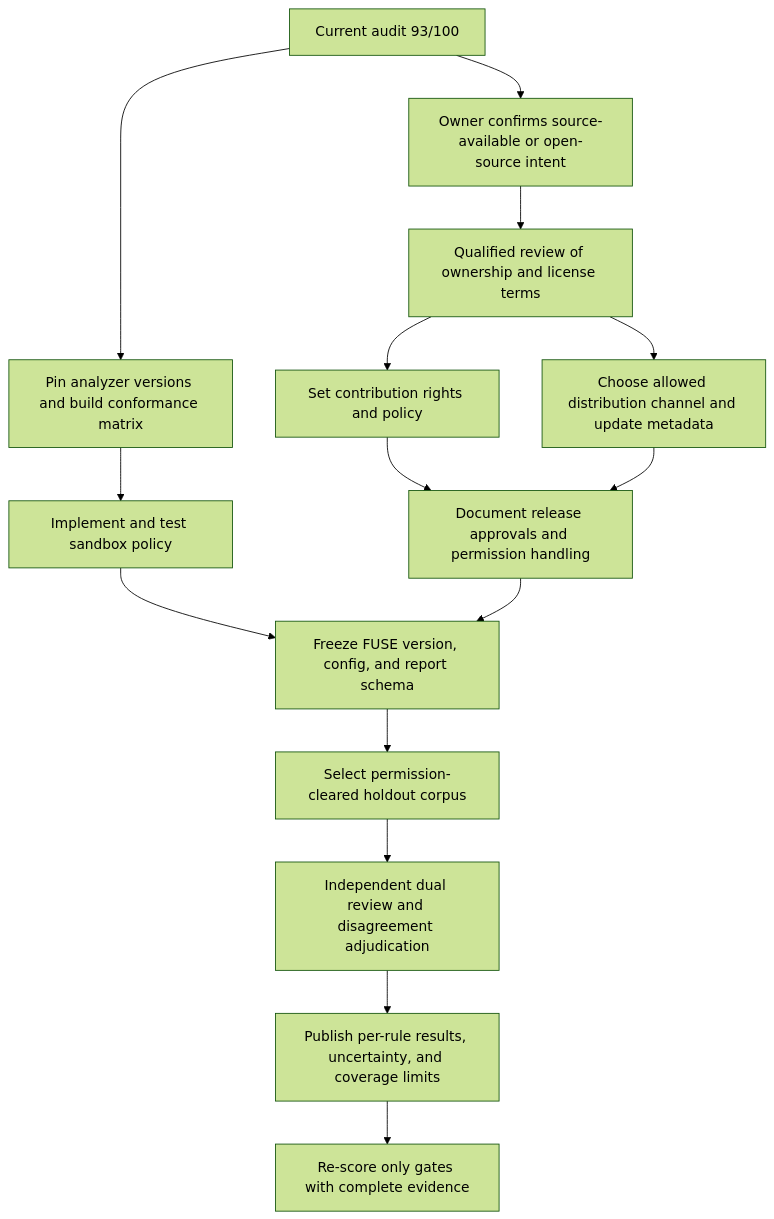
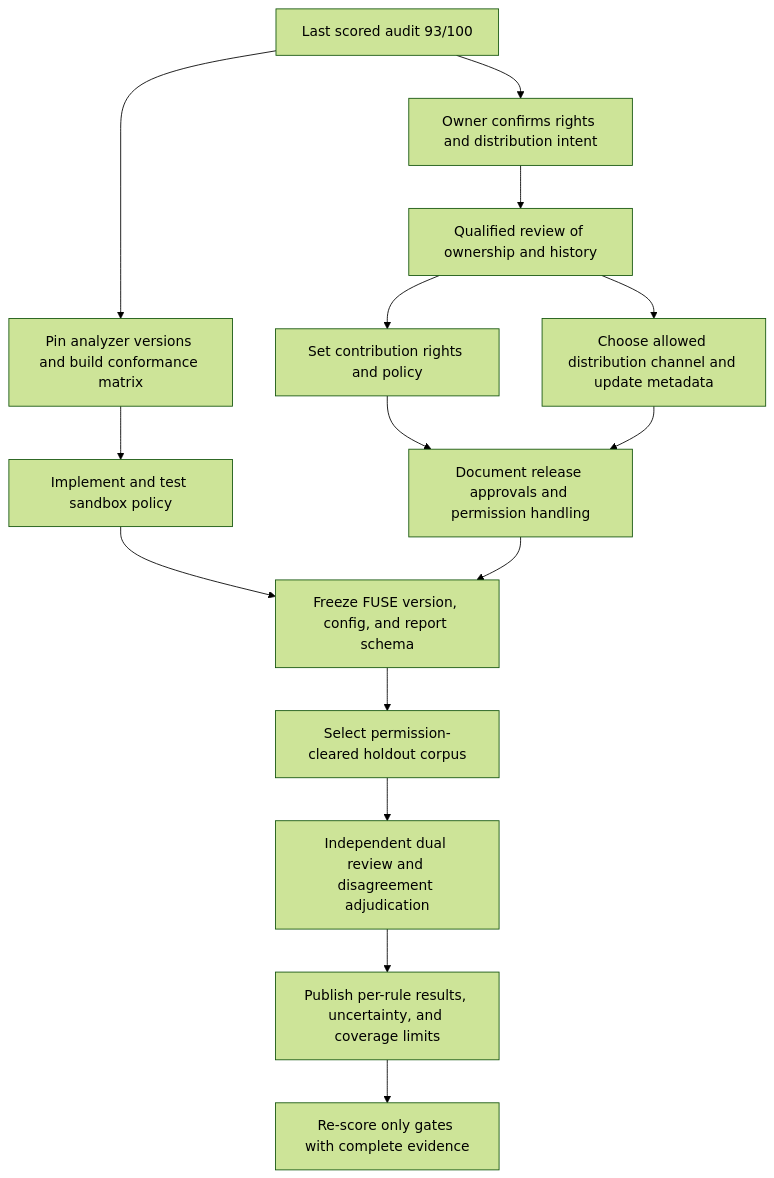
Before and after one commit to VIGIL-IoT/VIGIL-FUSE: the diagram in docs/research/maturity-100-closure-plan-2026-11-02.md, drawn with Mermaid (forest theme). The commit also changed other lines of this file, not shown here.

Commit message:
docs: record license removal and open governance gates

````diff
--- a/docs/research/maturity-100-closure-plan-2026-11-02.md
+++ b/docs/research/maturity-100-closure-plan-2026-11-02.md
@@ -99,17 +98,17 @@
 ```mermaid
 flowchart TD
-    START[Current audit 93/100] --> OWNER[Owner confirms source-available or open-source intent]
-    OWNER --> LEGAL[Qualified review of ownership and license terms]
+    START[Last scored audit 93/100] --> OWNER[Owner confirms rights and distribution intent]
+    OWNER --> LEGAL[Qualified review of ownership and history]
     LEGAL --> CONTRIB[Set contribution rights and policy]
     LEGAL --> DIST[Choose allowed distribution channel and update metadata]
     CONTRIB --> RELEASE[Document release approvals and permission handling]
     DIST --> RELEASE
     START --> MATRIX[Pin analyzer versions and build conformance matrix]
     MATRIX --> SANDBOX[Implement and test sandbox policy]
     SANDBOX --> FREEZE[Freeze FUSE version, config, and report schema]
     RELEASE --> FREEZE
     FREEZE --> HOLDOUT[Select permission-cleared holdout corpus]
     HOLDOUT --> REVIEW[Independent dual review and disagreement adjudication]
     REVIEW --> REPORT[Publish per-rule results, uncertainty, and coverage limits]
     REPORT --> RESCORE[Re-score only gates with complete evidence]
 ```
````
